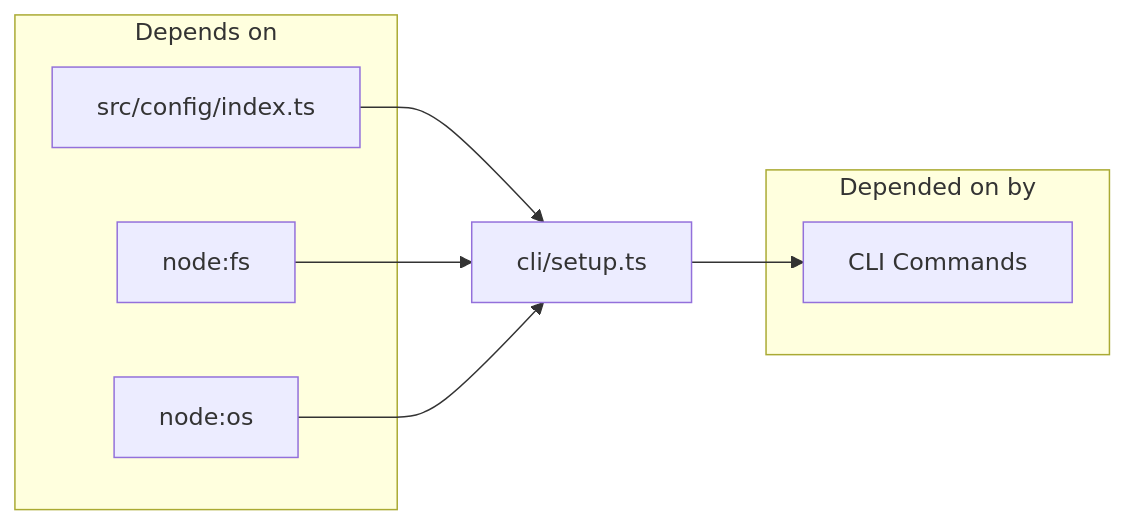
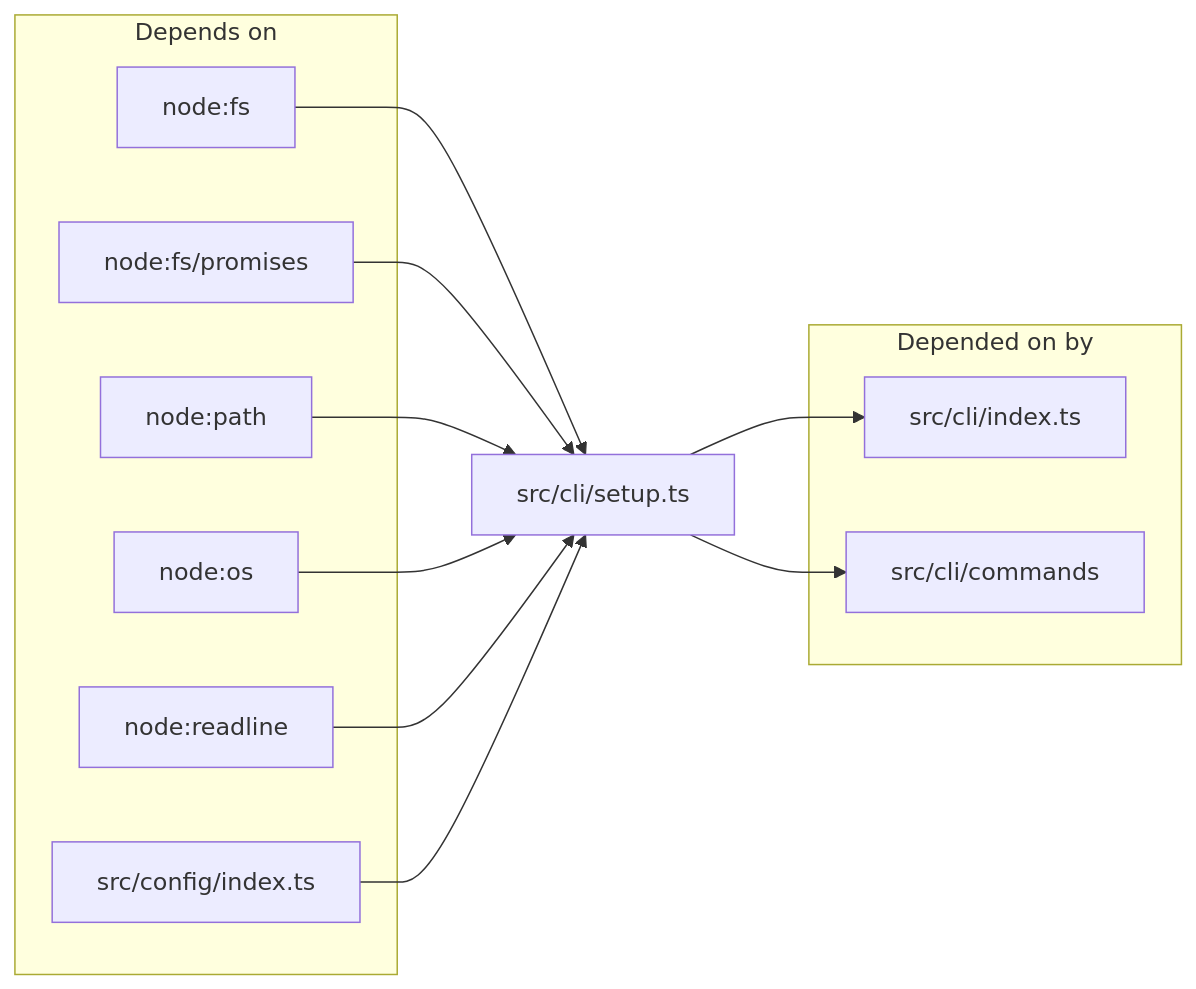
Before and after one commit to TheWinci/mimirs: the first of 2 diagrams in wiki/communities/cli-setup.md, drawn with Mermaid. The commit also changed other lines of this file and 36 other files, not shown here.

````diff
--- a/wiki/communities/cli-setup.md
+++ b/wiki/communities/cli-setup.md
@@ -11,16 +11,24 @@
 ```mermaid
 flowchart LR
   subgraph Upstream["Depends on"]
-    config["src/config/index.ts"]
-    nodeFs["node:fs"]
-    nodeOs["node:os"]
+    fs["node:fs"]
+    fsp["node:fs/promises"]
+    pathMod["node:path"]
+    osMod["node:os"]
+    readlineMod["node:readline"]
+    cfg["src/config/index.ts"]
   end
-  cliSetup["cli/setup.ts"]
+  setup["src/cli/setup.ts"]
   subgraph Downstream["Depended on by"]
-    cliCmds["CLI Commands"]
+    cliEntry["src/cli/index.ts"]
+    cmds["src/cli/commands"]
   end
-  config --> cliSetup
-  nodeFs --> cliSetup
-  nodeOs --> cliSetup
-  cliSetup --> cliCmds
+  fs --> setup
+  fsp --> setup
+  pathMod --> setup
+  osMod --> setup
+  readlineMod --> setup
+  cfg --> setup
+  setup --> cliEntry
+  setup --> cmds
 ```
````
